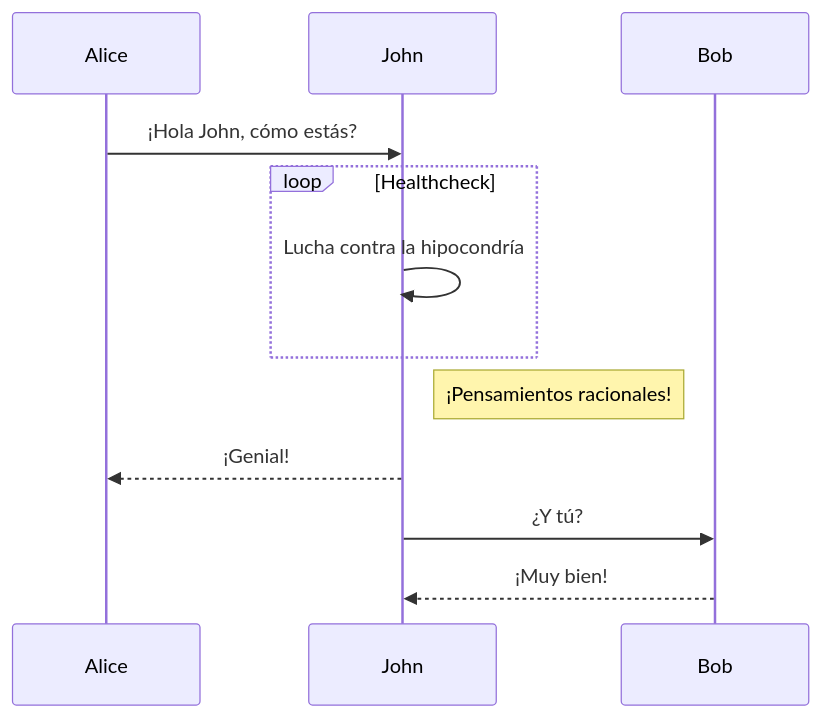
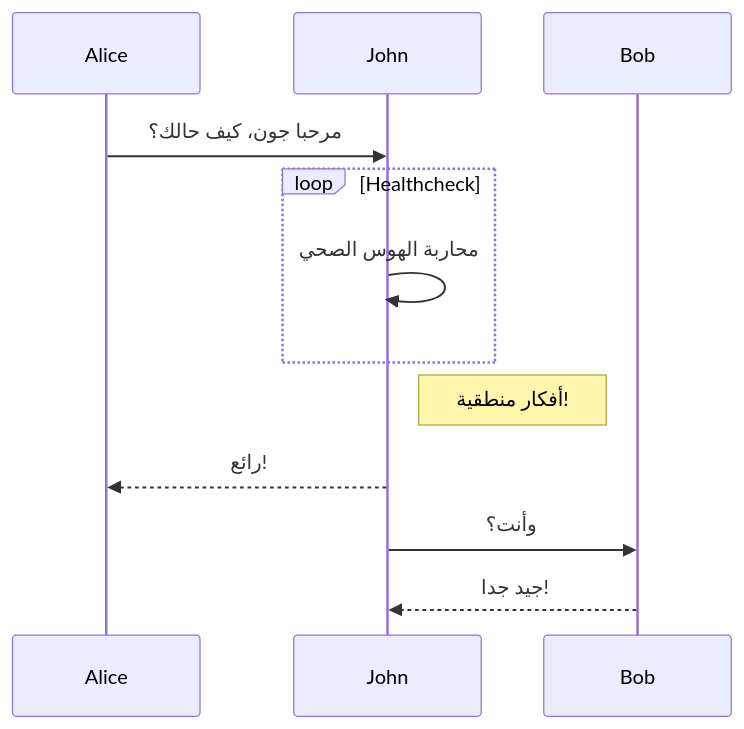
One commit to linyuxuanlin/Wiki_MkDocs changed the fourth of 5 diagrams in docs/ar/MkDocs测试实验室.md. Above: the diagram before and after it, drawn with Mermaid. The commit also changed other lines of this file and 23 other files, not shown here.

````diff
--- a/docs/ar/MkDocs测试实验室.md
+++ b/docs/ar/MkDocs测试实验室.md
@@ -34,11 +33,12 @@
 ```mermaid
 sequenceDiagram
-  Alice->>John: ¡Hola John, cómo estás?
+  Alice->>John: مرحبا جون، كيف حالك؟
   loop Healthcheck
-      John->>John: Lucha contra la hipocondría
+      John->>John: محاربة الهوس الصحي
   end
-  Note right of John: ¡Pensamientos racionales!
-  John-->>Alice: ¡Genial!
-  John->>Bob: ¿Y tú?
-  Bob-->>John: ¡Muy bien!
+  Note right of John: أفكار منطقية!
+  John-->>Alice: رائع!
+  John->>Bob: وأنت؟
+  Bob-->>John: جيد جدا!
+
 ```
````
